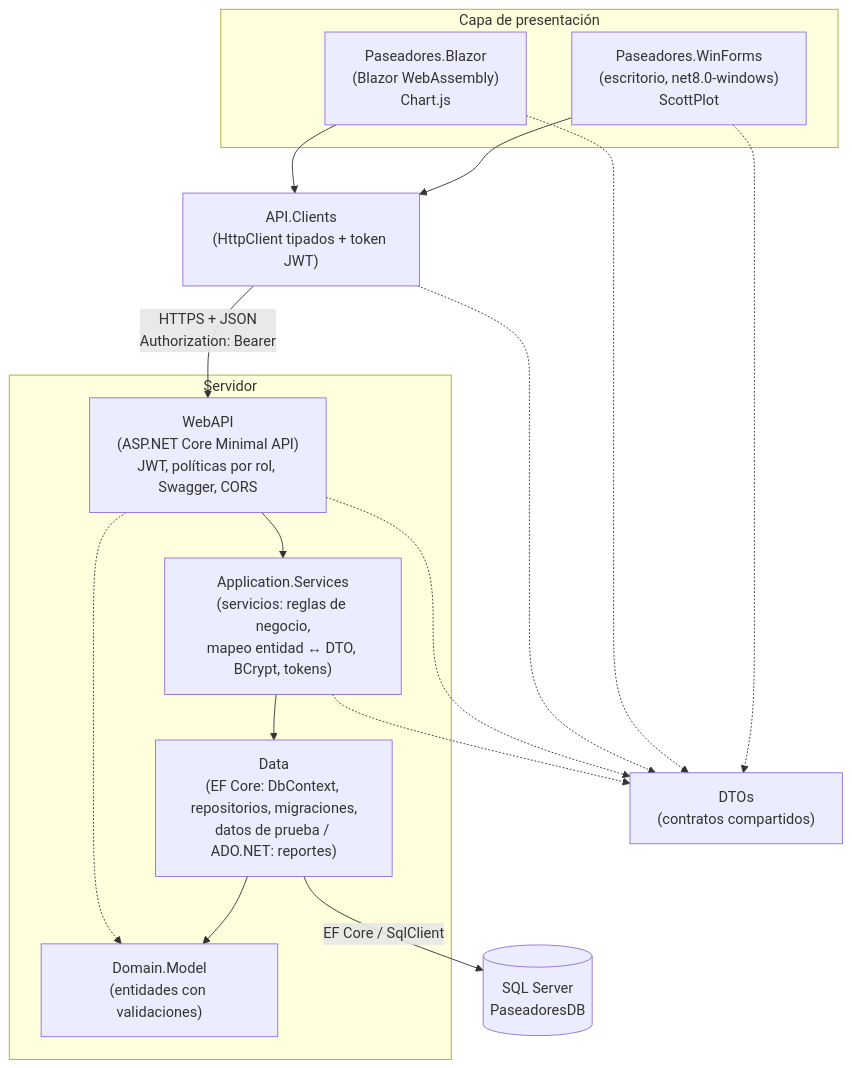
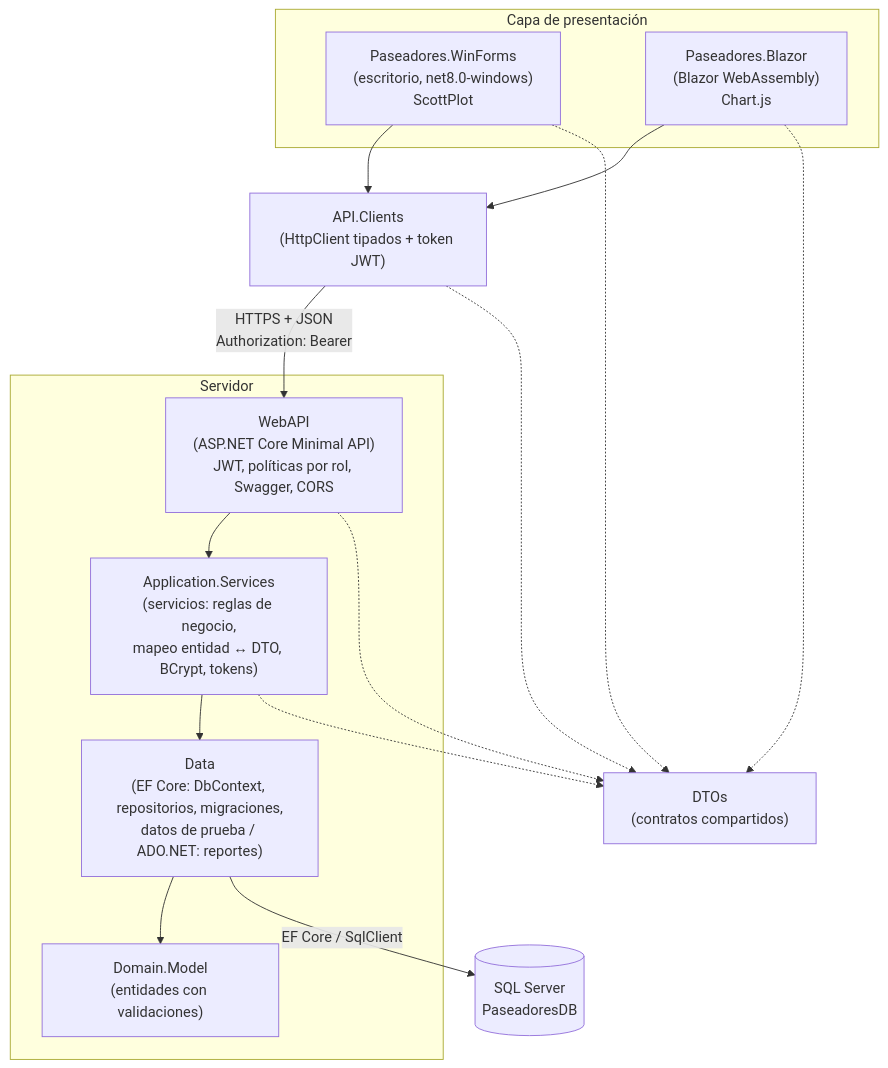
Before and after one commit to LautaroGiunta/tp-net-paseadores-mascotas: the diagram in docs/diagramas/arquitectura.mmd, drawn with Mermaid. The commit also changed 2 other files, not shown here.

Commit message:
API: quitar referencia directa a Domain.Model

```diff
--- a/docs/diagramas/arquitectura.mmd
+++ b/docs/diagramas/arquitectura.mmd
@@ -1,32 +1,31 @@
 flowchart TB
     subgraph PRES["Capa de presentación"]
         WF["Paseadores.WinForms<br/>(escritorio, net8.0-windows)<br/>ScottPlot"]
         BZ["Paseadores.Blazor<br/>(Blazor WebAssembly)<br/>Chart.js"]
     end
 
     AC["API.Clients<br/>(HttpClient tipados + token JWT)"]
 
     subgraph SRV["Servidor"]
         API["WebAPI<br/>(ASP.NET Core Minimal API)<br/>JWT, políticas por rol, Swagger, CORS"]
         SVC["Application.Services<br/>(servicios: reglas de negocio,<br/>mapeo entidad ↔ DTO, BCrypt, tokens)"]
         DATA["Data<br/>(EF Core: DbContext, repositorios, migraciones,<br/>datos de prueba / ADO.NET: reportes)"]
         DOM["Domain.Model<br/>(entidades con validaciones)"]
     end
 
     DTO["DTOs<br/>(contratos compartidos)"]
     DB[("SQL Server<br/>PaseadoresDB")]
 
     WF --> AC
     BZ --> AC
     AC -- "HTTPS + JSON<br/>Authorization: Bearer" --> API
     API --> SVC
     SVC --> DATA
     DATA --> DOM
-    API -.-> DOM
     DATA -- "EF Core / SqlClient" --> DB
 
     WF -.-> DTO
     BZ -.-> DTO
     AC -.-> DTO
     API -.-> DTO
     SVC -.-> DTO
```
